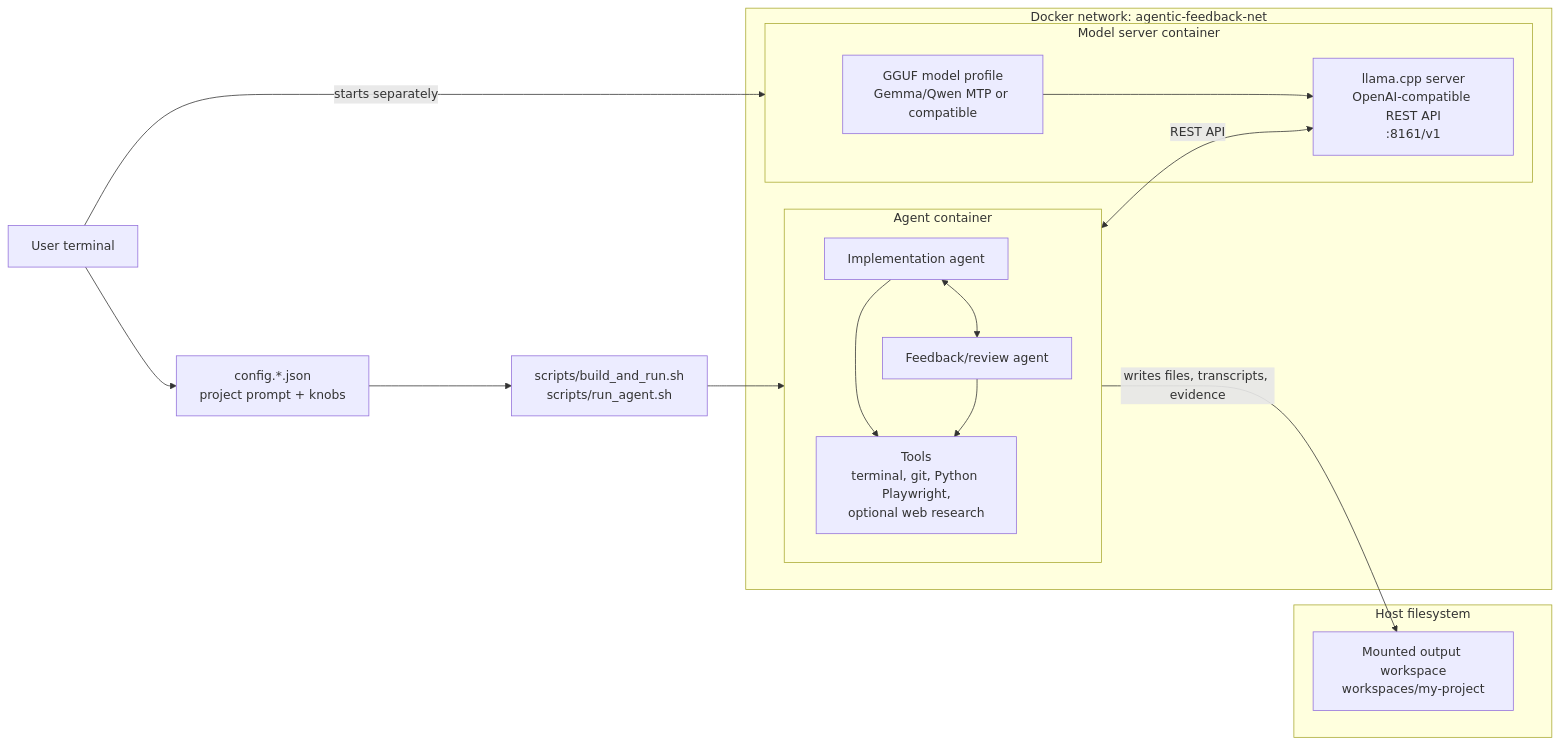
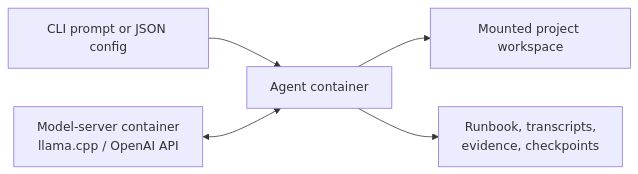
One commit to krzyszsz/agenticFeedbackCoding changed the diagram in README.md. Above: the diagram before and after it, drawn with Mermaid. The commit also changed other lines of this file and 19 other files, not shown here.

````diff
--- a/README.md
+++ b/README.md
@@ -31,34 +55,7 @@
 ```mermaid
 flowchart LR
-    User["User terminal"]
-    Config["config.*.json<br/>project prompt + knobs"]
-    CLI["scripts/build_and_run.sh<br/>scripts/run_agent.sh"]
-
-    subgraph Host["Host filesystem"]
-        Workspace["Mounted output workspace<br/>workspaces/my-project"]
-    end
-
-    subgraph Net["Docker network: agentic-feedback-net"]
-        subgraph ModelContainer["Model server container"]
-            Model["GGUF model profile<br/>Gemma/Qwen MTP or compatible"]
-            API["llama.cpp server<br/>OpenAI-compatible REST API<br/>:8161/v1"]
-            Model --> API
-        end
-
-        subgraph AgentContainer["Agent container"]
-            Impl["Implementation agent"]
-            Review["Feedback/review agent"]
-            Tools["Tools<br/>terminal, git, Python Playwright,<br/>optional web research"]
-            Impl <--> Review
-            Impl --> Tools
-            Review --> Tools
-        end
-    end
-
-    User --> Config
-    Config --> CLI
-    CLI --> AgentContainer
-    User -->|starts separately| ModelContainer
-    AgentContainer <-->|REST API| API
-    AgentContainer -->|writes files, transcripts, evidence| Workspace
+    U["CLI prompt or JSON config"] --> A["Agent container"]
+    M["Model-server container<br/>llama.cpp / OpenAI API"] <--> A
+    A --> W["Mounted project workspace"]
+    A --> S["Runbook, transcripts,<br/>evidence, checkpoints"]
 ```
````
